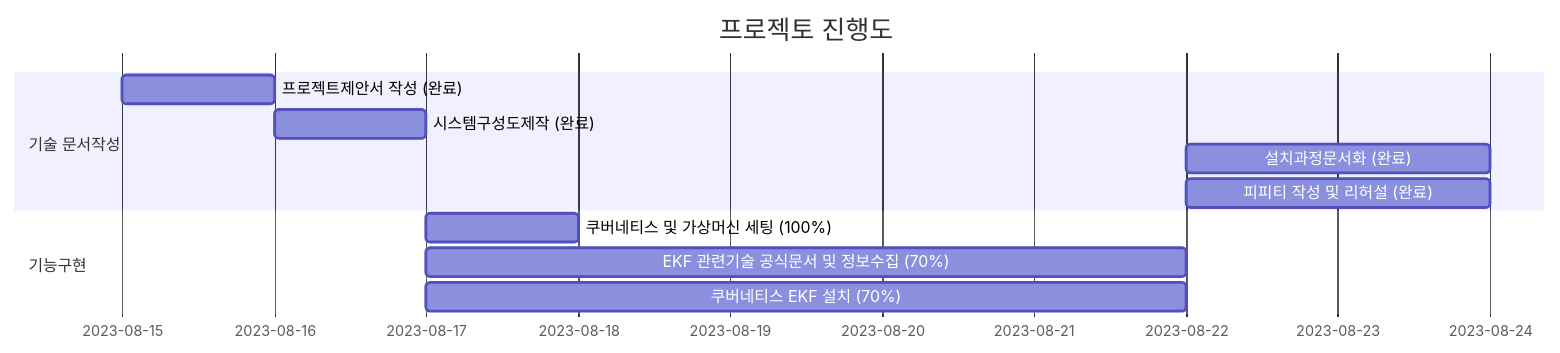
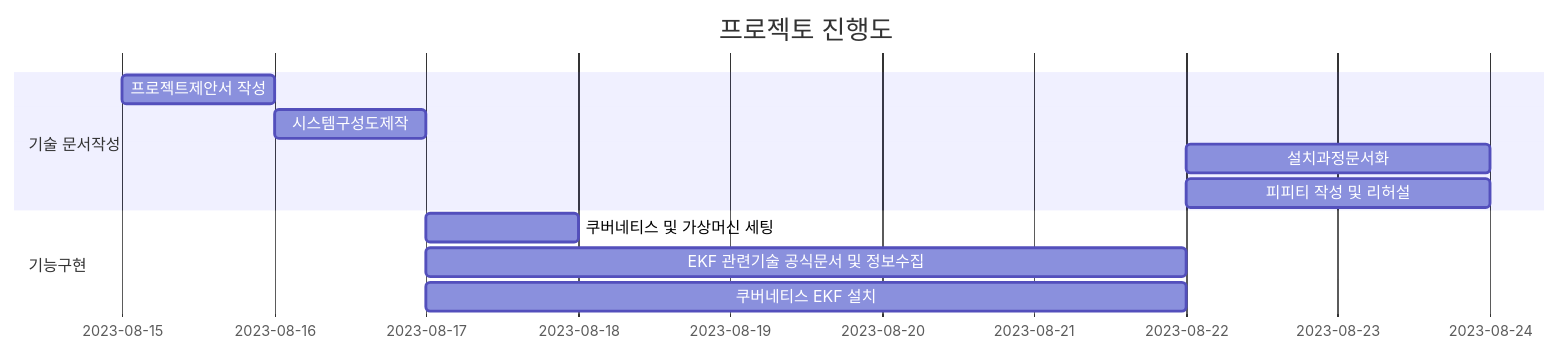
One commit to minjunkim5876/project_eggs changed the diagram in README.md. Above: the diagram before and after it, drawn with Mermaid.

````diff
--- a/README.md
+++ b/README.md
@@ -4,15 +4,15 @@
 ```mermaid
 gantt
     title 프로젝토 진행도
     dateFormat  YYYY-MM-DD
     section 기술 문서작성
-    프로젝트제안서 작성 (완료) : a1, 2023-8-15, 1d
-    시스템구성도제작 (완료) : 2023-8-16, 1d
-    설치과정문서화 (완료) : 2023-8-22, 2d
-    피피티 작성 및 리허설 (완료) : 2023-8-22, 2d
+    프로젝트제안서 작성 : a1, 2023-8-15, 1d
+    시스템구성도제작  : 2023-8-16, 1d
+    설치과정문서화 : 2023-8-22, 2d
+    피피티 작성 및 리허설 : 2023-8-22, 2d
 
     section 기능구현
-    쿠버네티스 및 가상머신 세팅 (100%) : 2023-8-17,  1d
-    EKF 관련기술 공식문서 및 정보수집 (70%) : 2023-8-17  , 5d
-    쿠버네티스 EKF 설치 (70%) : 2023-8-17  , 5d
+    쿠버네티스 및 가상머신 세팅 : 2023-8-17,  1d
+    EKF 관련기술 공식문서 및 정보수집 : 2023-8-17  , 5d
+    쿠버네티스 EKF 설치 : 2023-8-17  , 5d
 ```
````
